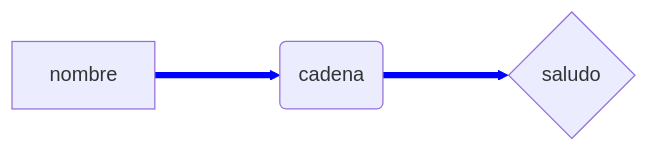
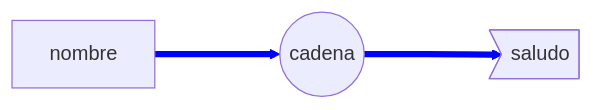
One commit to lucio-cornejo/Mastering-Shiny_Book-Club changed the second of 4 diagrams in chapter_03.qmd. Above: the diagram before and after it, drawn with Mermaid. The commit also changed other lines of this file and 12 other files, not shown here.

Commit message:
arreglar diagramas de sesión 2

````diff
--- a/chapter_03.qmd
+++ b/chapter_03.qmd
@@ -203,10 +201,8 @@
 ```{mermaid}
-%%| fig-height: 2
-
 flowchart LR
-  A[nombre] ===> B(cadena)
-  B(cadena) ===> C{saludo}
+  A[nombre] ===> B((cadena))
+  B((cadena)) ===> C>saludo]
 
   linkStyle 0 stroke-width:5px, fill: green, stroke:blue;
   linkStyle 1 stroke-width:5px, fill: green, stroke:blue;
 ```
````
